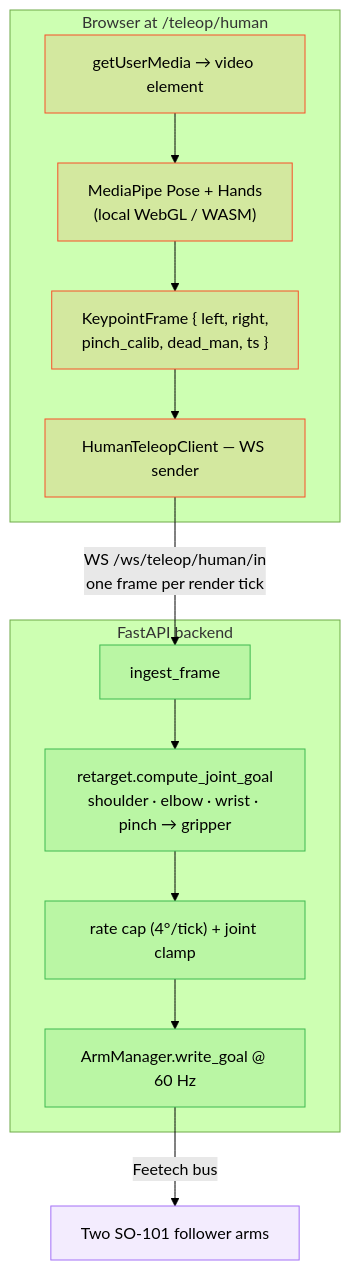
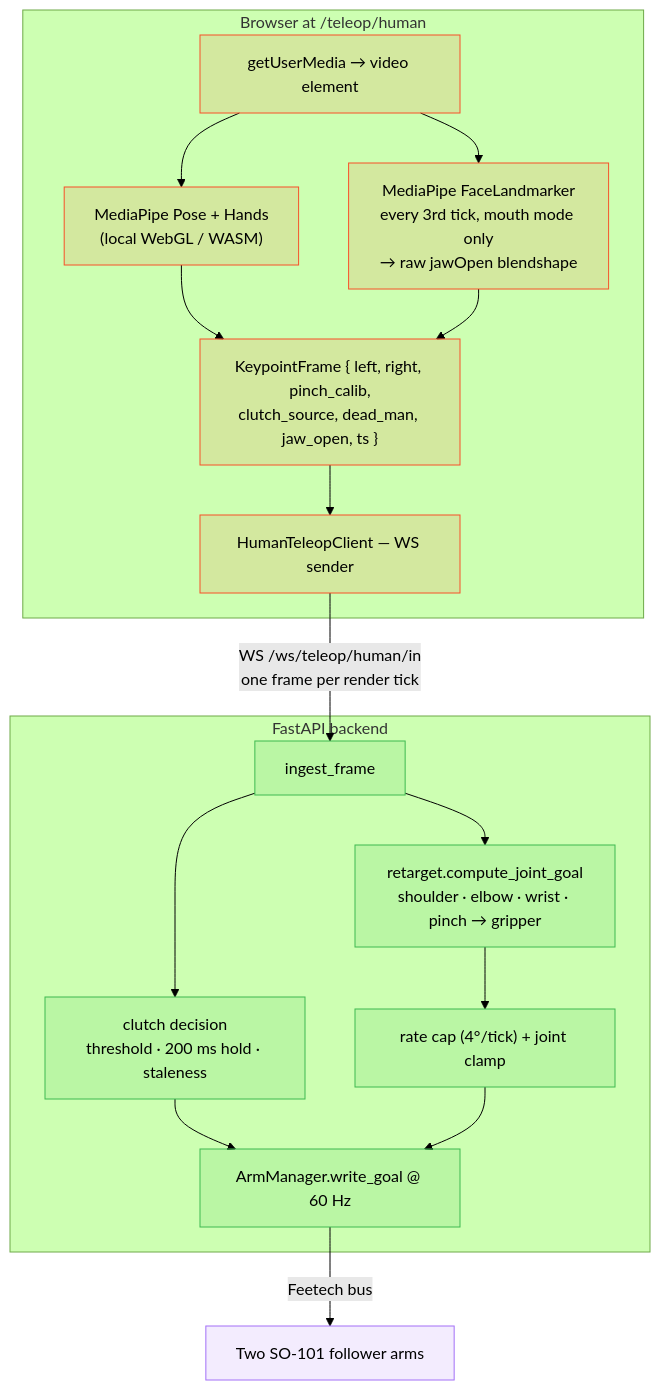
One commit to oscardvs/haller_ws changed the diagram in website/content/docs/hmi/human-teleop.mdx. Above: the diagram before and after it, drawn with Mermaid (forest theme). The commit also changed other lines of this file, not shown here.

First line of the commit message:
docs(hmi): document the two clutch sources on the human-teleop page

````diff
--- a/website/content/docs/hmi/human-teleop.mdx
+++ b/website/content/docs/hmi/human-teleop.mdx
@@ -34,27 +36,31 @@
 ```mermaid
 flowchart TB
     classDef br fill:#f8512922,stroke:#f85129,color:inherit
     classDef be fill:#3fb95022,stroke:#3fb950,color:inherit
     classDef hw fill:#a371f722,stroke:#a371f7,color:inherit
 
     subgraph Browser["Browser at /teleop/human"]
         Cam[getUserMedia → video element]:::br
         MP["MediaPipe Pose + Hands<br/>(local WebGL / WASM)"]:::br
-        Frame["KeypointFrame { left, right,<br/>pinch_calib, dead_man, ts }"]:::br
+        Face["MediaPipe FaceLandmarker<br/>every 3rd tick, mouth mode only<br/>→ raw jawOpen blendshape"]:::br
+        Frame["KeypointFrame { left, right, pinch_calib,<br/>clutch_source, dead_man, jaw_open, ts }"]:::br
         Client[HumanTeleopClient — WS sender]:::br
         Cam --> MP --> Frame --> Client
+        Cam --> Face --> Frame
     end
 
     subgraph Backend["FastAPI backend"]
         Ingest[ingest_frame]:::be
+        Clutch["clutch decision<br/>threshold · 200 ms hold · staleness"]:::be
         Retarget["retarget.compute_joint_goal<br/>shoulder · elbow · wrist · pinch → gripper"]:::be
         Cap["rate cap (4°/tick) + joint clamp"]:::be
         Write["ArmManager.write_goal @ 60 Hz"]:::be
+        Ingest --> Clutch --> Write
         Ingest --> Retarget --> Cap --> Write
     end
 
     Arms[Two SO-101 follower arms]:::hw
 
     Client -- "WS /ws/teleop/human/in<br/>one frame per render tick" --> Ingest
     Write -- "Feetech bus" --> Arms
 ```
````
